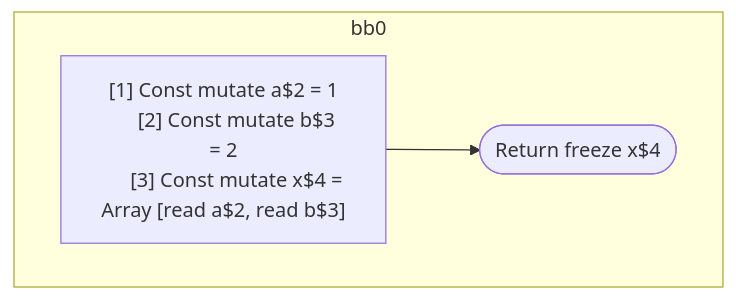
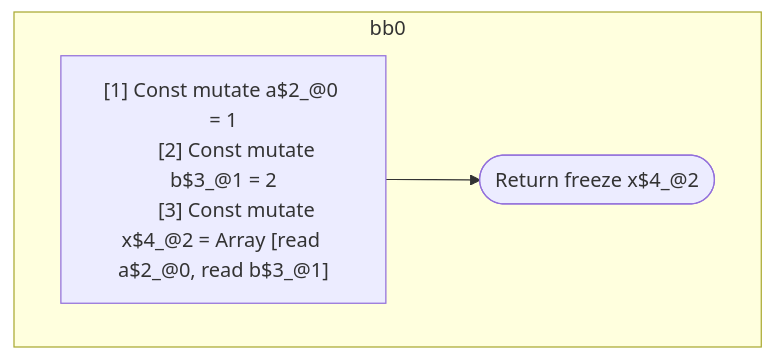
The diagram in compiler/forget/src/__tests__/fixtures/hir/ssa-arrayexpression.expect.md (wutsmog/private), drawn with Mermaid before and after one commit. The commit also changed other lines of this file and 60 other files, not shown here.

````diff
--- a/compiler/forget/src/__tests__/fixtures/hir/ssa-arrayexpression.expect.md
+++ b/compiler/forget/src/__tests__/fixtures/hir/ssa-arrayexpression.expect.md
@@ -26,15 +26,15 @@
 ```mermaid
 flowchart TB
   %% Basic Blocks
   subgraph bb0
     bb0_instrs["
-      [1] Const mutate a$2 = 1
-      [2] Const mutate b$3 = 2
-      [3] Const mutate x$4 = Array [read a$2, read b$3]
+      [1] Const mutate a$2_@0 = 1
+      [2] Const mutate b$3_@1 = 2
+      [3] Const mutate x$4_@2 = Array [read a$2_@0, read b$3_@1]
     "]
-    bb0_instrs --> bb0_terminal(["Return freeze x$4"])
+    bb0_instrs --> bb0_terminal(["Return freeze x$4_@2"])
   end
 
   %% Jumps
   %% empty
 ```
````
